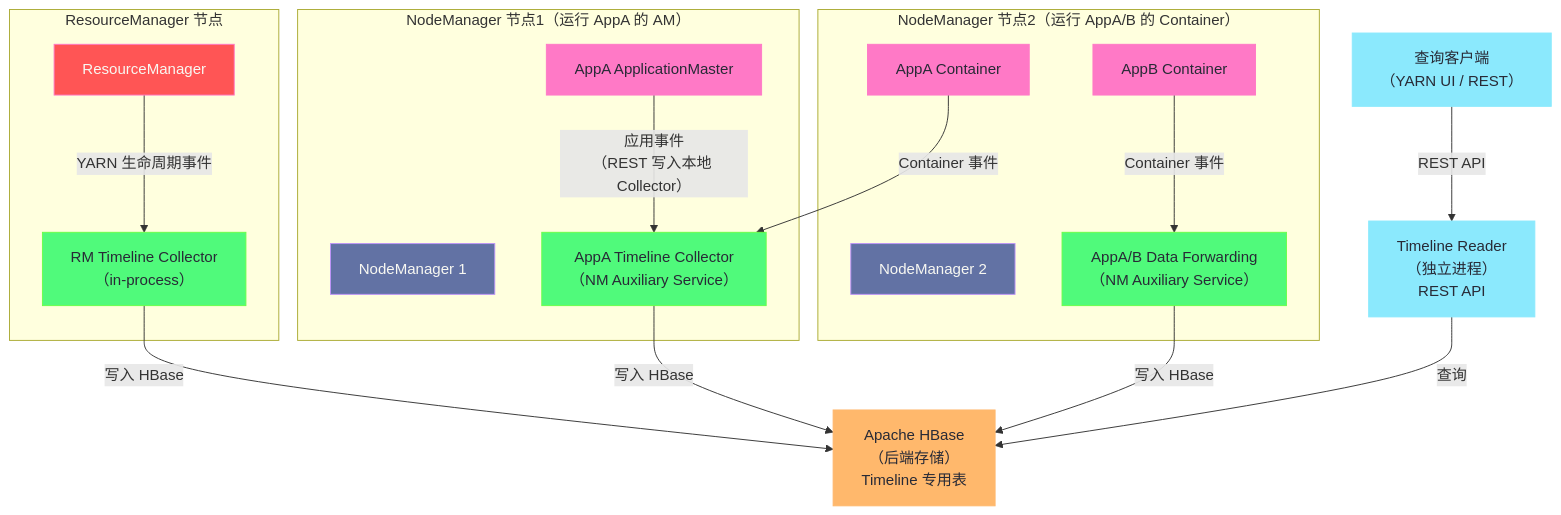
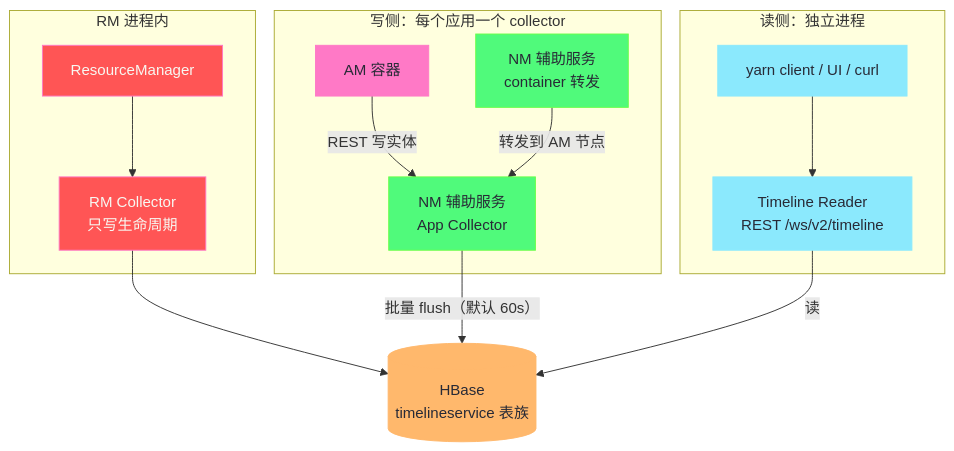
The second of 5 diagrams in content/大数据/安全与认证/07 YARN ATS 与 AHS 作业历史日志服务全解析.md (hpliStartAgain/my-brain), drawn with Mermaid before and after one commit. The commit also changed other lines of this file and 455 other files, not shown here.

````diff
--- a/content/大数据/安全与认证/07 YARN ATS 与 AHS 作业历史日志服务全解析.md
+++ b/content/大数据/安全与认证/07 YARN ATS 与 AHS 作业历史日志服务全解析.md
@@ -411,42 +155,35 @@
 ```mermaid
 %%{init: {'theme': 'dracula'}}%%
 graph TD
+    classDef app fill:#ff79c6,stroke:#ff79c6,color:#282a36
+    classDef coll fill:#50fa7b,stroke:#69ff47,color:#282a36
+    classDef store fill:#ffb86c,stroke:#ffb86c,color:#282a36
+    classDef rd fill:#8be9fd,stroke:#8be9fd,color:#282a36
     classDef rm fill:#ff5555,stroke:#ff79c6,color:#f8f8f2
-    classDef nm fill:#6272a4,stroke:#bd93f9,color:#f8f8f2
-    classDef collector fill:#50fa7b,stroke:#69ff47,color:#282a36
-    classDef storage fill:#ffb86c,stroke:#ffb86c,color:#282a36
-    classDef reader fill:#8be9fd,stroke:#8be9fd,color:#282a36
-    classDef app fill:#ff79c6,stroke:#ff79c6,color:#282a36
 
-    subgraph "ResourceManager 节点"
-        RM["ResourceManager"]:::rm
-        RMC["RM Timeline Collector</br>（in-process）"]:::collector
+    subgraph SG1["写侧：每个应用一个 collector"]
+        AM["AM 容器"]:::app
+        C1["NM 辅助服务<br/>App Collector"]:::coll
+        C2["NM 辅助服务<br/>container 转发"]:::coll
     end
 
-    subgraph "NodeManager 节点1（运行 AppA 的 AM）"
-        NM1["NodeManager 1"]:::nm
-        AppAM["AppA ApplicationMaster"]:::app
-        Col1["AppA Timeline Collector</br>（NM Auxiliary Service）"]:::collector
+    subgraph SG2["RM 进程内"]
+        RC["RM Collector<br/>只写生命周期"]:::rm
+        RM["ResourceManager"]:::rm
     end
 
-    subgraph "NodeManager 节点2（运行 AppA/B 的 Container）"
-        NM2["NodeManager 2"]:::nm
-        Con1["AppA Container"]:::app
-        Con2["AppB Container"]:::app
-        Col2["AppA/B Data Forwarding</br>（NM Auxiliary Service）"]:::collector
+    subgraph SG3["读侧：独立进程"]
+        RDR["Timeline Reader<br/>REST /ws/v2/timeline"]:::rd
+        CLI["yarn client / UI / curl"]:::rd
     end
 
-    HBase["Apache HBase</br>（后端存储）</br>Timeline 专用表"]:::storage
-    Reader["Timeline Reader</br>（独立进程）</br>REST API"]:::reader
-    Client["查询客户端</br>（YARN UI / REST）"]:::reader
+    HB[("HBase<br/>timelineservice 表族")]:::store
 
-    RM -->|"YARN 生命周期事件"| RMC
-    RMC -->|"写入 HBase"| HBase
-    AppAM -->|"应用事件</br>（REST 写入本地 Collector）"| Col1
-    Col1 -->|"写入 HBase"| HBase
-    Con1 -->|"Container 事件"| Col1
-    Con2 -->|"Container 事件"| Col2
-    Col2 -->|"写入 HBase"| HBase
-    Reader -->|"查询"| HBase
-    Client -->|"REST API"| Reader
+    RM --> RC
+    RC --> HB
+    AM -->|"REST 写实体"| C1
+    C2 -->|"转发到 AM 节点"| C1
+    C1 -->|"批量 flush（默认 60s）"| HB
+    RDR -->|"读"| HB
+    CLI --> RDR
 ```
````
